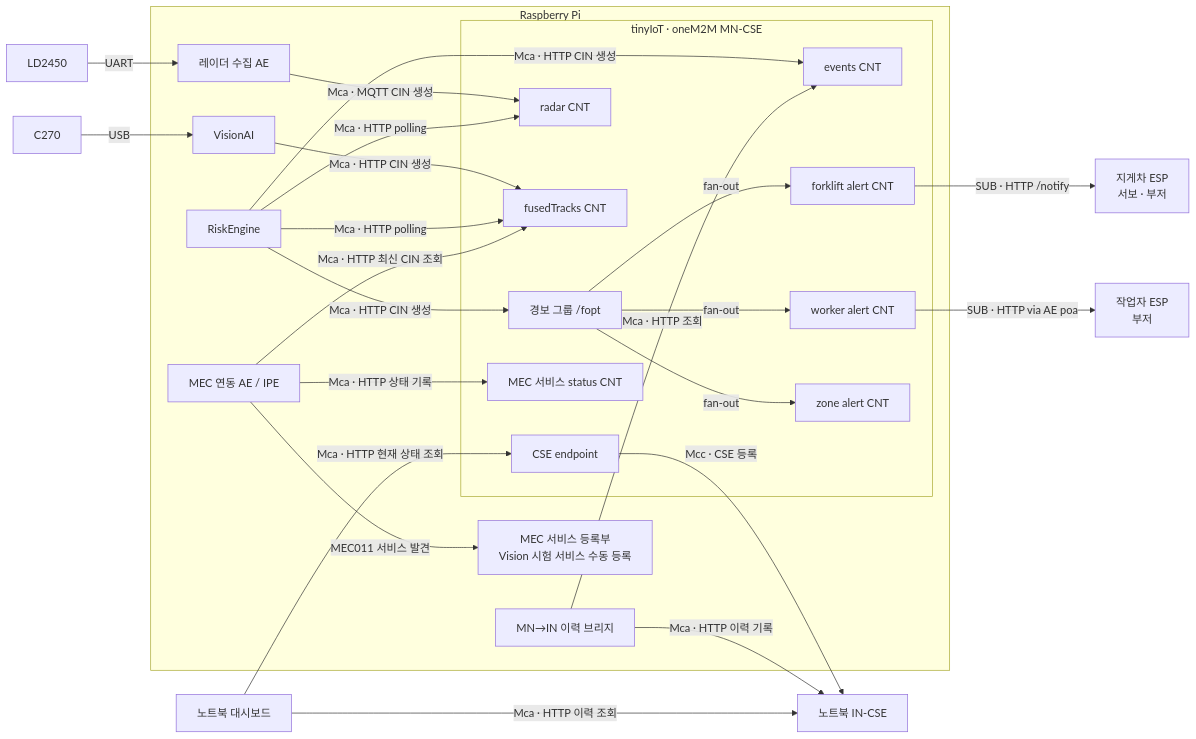
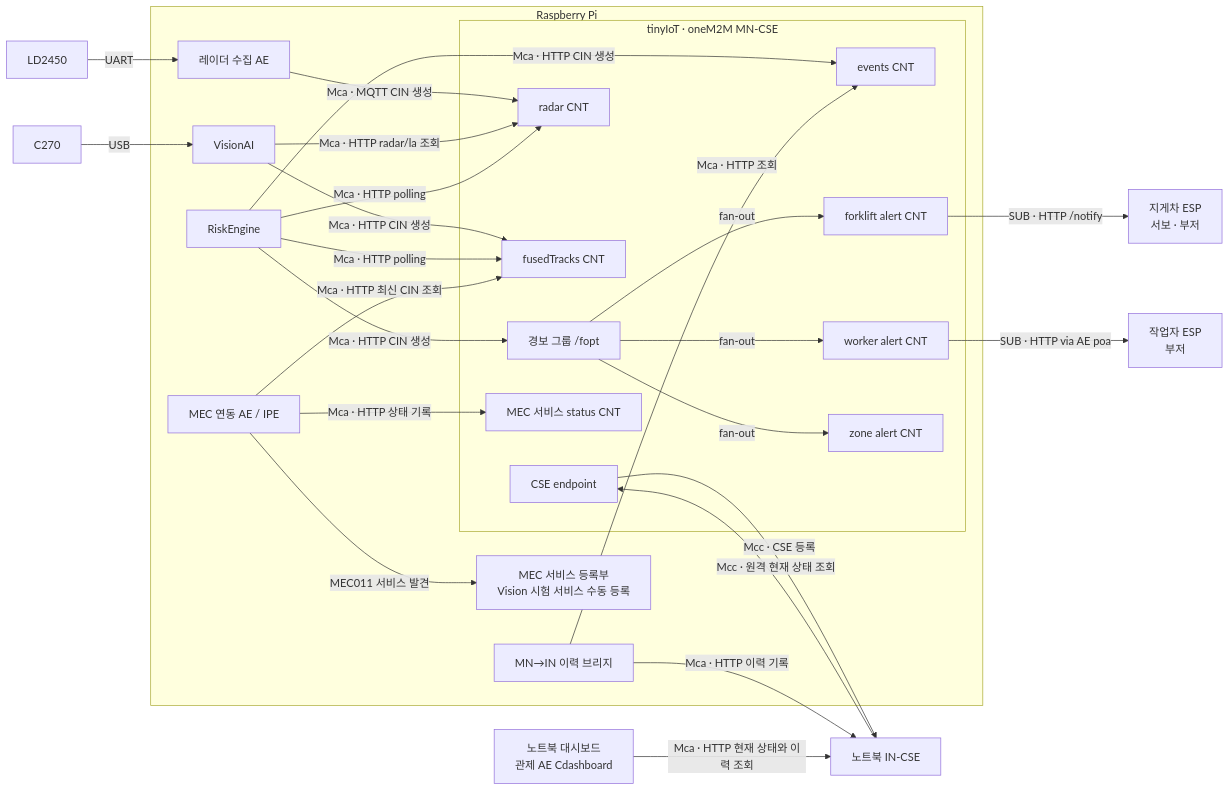
Before and after one commit to extra-7ex/Sejong_4IoT_OneM2M: the diagram in README.md, drawn with Mermaid. The commit also changed other lines of this file, not shown here.

Commit message:
Align Mermaid with IN-routed dashboard

````diff
--- a/README.md
+++ b/README.md
@@ -147,45 +158,46 @@
 ```mermaid
 flowchart LR
   LD["LD2450"] -->|"UART"| RIPE
   CAM["C270"] -->|"USB"| VIS
 
   subgraph PI["Raspberry Pi"]
     RIPE["레이더 수집 AE"]
     VIS["VisionAI"]
     RE["RiskEngine"]
     IPE["MEC 연동 AE / IPE"]
     subgraph MN["tinyIoT · oneM2M MN-CSE"]
       CSE["CSE endpoint"]
       RAD["radar CNT"]
       FUSED["fusedTracks CNT"]
       EVENT["events CNT"]
       GROUP["경보 그룹 /fopt"]
       FA["forklift alert CNT"]
       WA["worker alert CNT"]
       ZA["zone alert CNT"]
       STATUS["MEC 서비스 status CNT"]
       GROUP -->|"fan-out"| FA
       GROUP -->|"fan-out"| WA
       GROUP -->|"fan-out"| ZA
     end
     MECREG["MEC 서비스 등록부<br/>Vision 시험 서비스 수동 등록"]
     BR["MN→IN 이력 브리지"]
   end
 
   RIPE -->|"Mca · MQTT CIN 생성"| RAD
+  VIS -->|"Mca · HTTP radar/la 조회"| RAD
   VIS -->|"Mca · HTTP CIN 생성"| FUSED
   RE -->|"Mca · HTTP polling"| RAD
   RE -->|"Mca · HTTP polling"| FUSED
   RE -->|"Mca · HTTP CIN 생성"| EVENT
   RE -->|"Mca · HTTP CIN 생성"| GROUP
   FA -->|"SUB · HTTP /notify"| FE["지게차 ESP<br/>서보 · 부저"]
   WA -->|"SUB · HTTP via AE poa"| WE["작업자 ESP<br/>부저"]
   IPE -->|"MEC011 서비스 발견"| MECREG
   IPE -->|"Mca · HTTP 최신 CIN 조회"| FUSED
   IPE -->|"Mca · HTTP 상태 기록"| STATUS
   CSE -->|"Mcc · CSE 등록"| IN["노트북 IN-CSE"]
+  IN -->|"Mcc · 원격 현재 상태 조회"| CSE
   BR -->|"Mca · HTTP 조회"| EVENT
   BR -->|"Mca · HTTP 이력 기록"| IN
-  DASH["노트북 대시보드"] -->|"Mca · HTTP 현재 상태 조회"| CSE
-  DASH -->|"Mca · HTTP 이력 조회"| IN
+  DASH["노트북 대시보드<br/>관제 AE Cdashboard"] -->|"Mca · HTTP 현재 상태와 이력 조회"| IN
 ```
````
